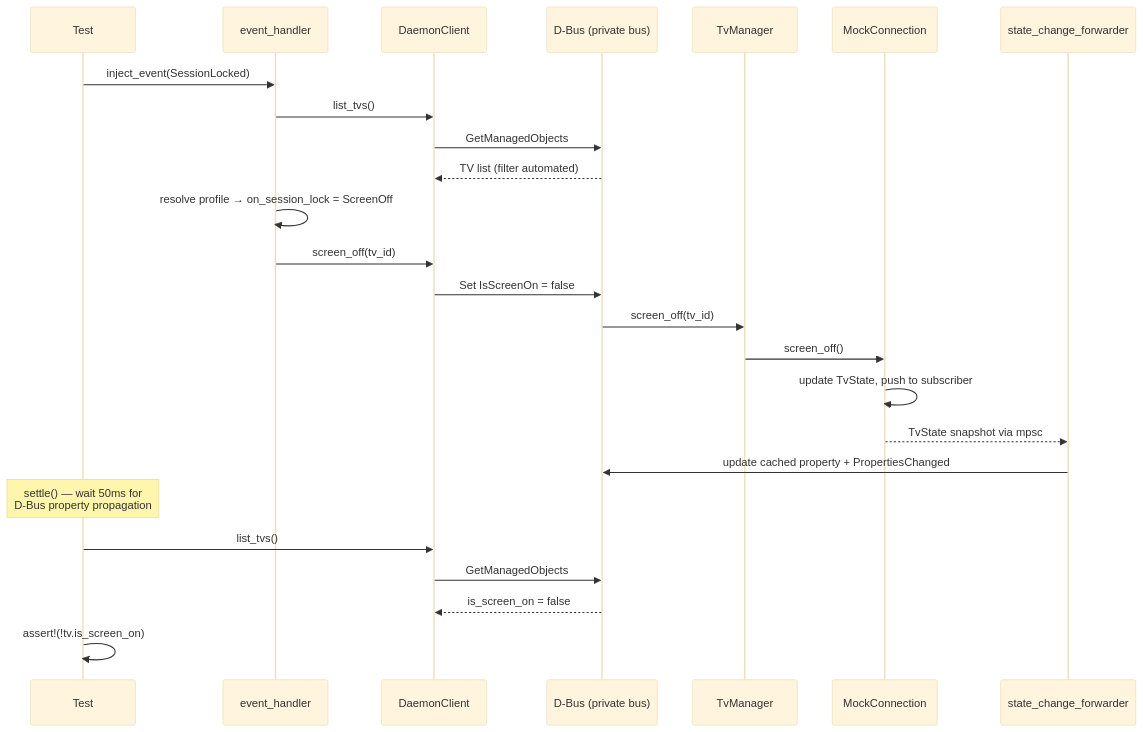
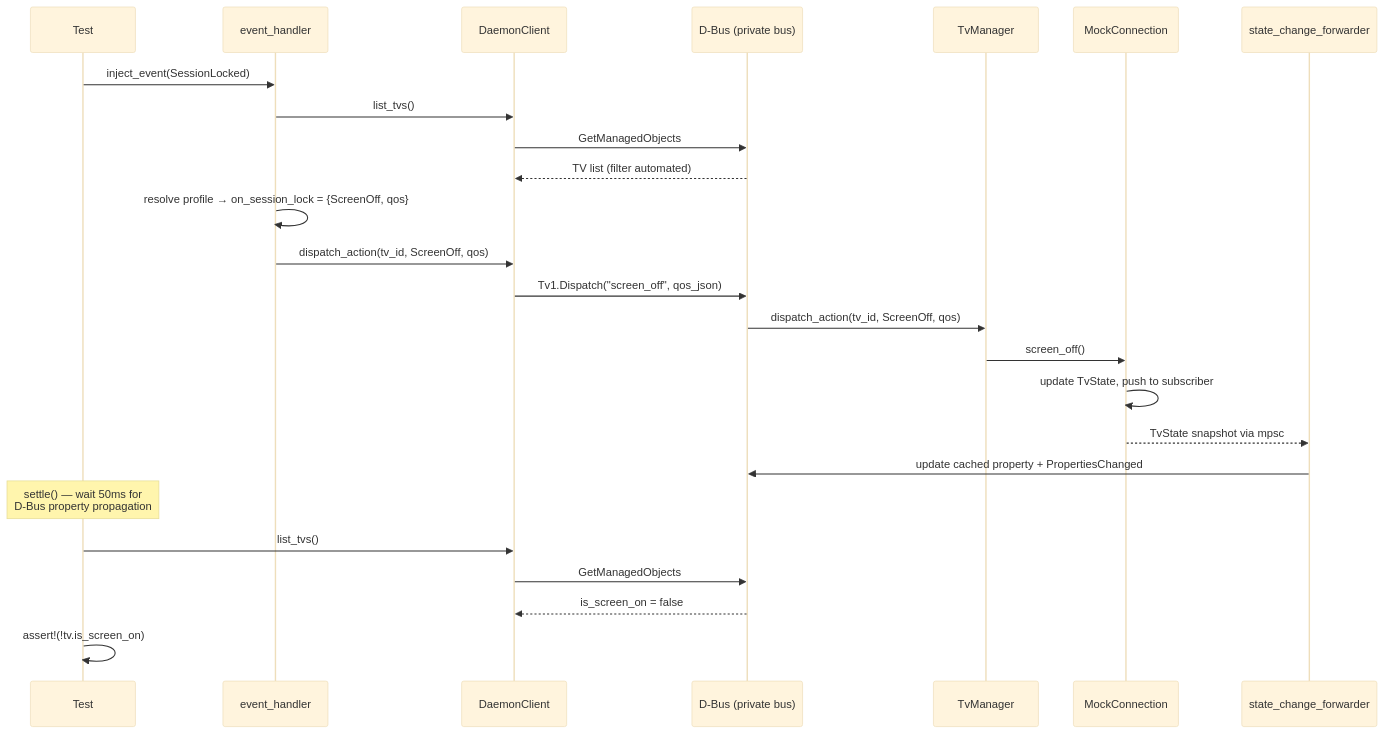
The seventh of 7 diagrams in docs/testing.md (TisVlay/TisVlay), drawn with Mermaid (base theme) before and after one commit. The commit also changed 2 other files, not shown here.

Commit message:
docs(qos-dispatch): align design.md + testing.md + action-qos with new surface
Bring the long-form docs in sync with the QoS-dispatch refactor that
collapsed Tv1.Power.PowerOn / PowerOff / Tv1.Screen.SetScreen into a
single Tv1.Dispatch(action, qos) entry point with daemon-side
verify-retry-escalate.

- docs/design.md: D-Bus tree diagram, Tv1 method list, feature-interface
  table, push-based-state-pipeline paragraph, and Event-Driven Power
  Management section all updated. IsScreenOn shifts from rw → ro
  properties (Dispatch is now the only screen-flip path).
- docs/testing.md: session-event-dispatch mermaid diagram reflects the
  Tv1.Dispatch wire format and the resolved {action, qos} tuple.
- docs/plans/action-qos.md: short note after the field-test findings
  explains that the journal lines reflect the v1 wire format and points
  at qos-dispatch-refactor.md for the post-refactor architecture. The
  historical traces themselves stay verbatim.

No code changes. just check: 369 tests run, 369 passed, 5 skipped.

````diff
--- a/docs/testing.md
+++ b/docs/testing.md
@@ -477,28 +477,28 @@
 ```mermaid
 sequenceDiagram
     participant Test
     participant EH as event_handler
     participant Client as DaemonClient
     participant DBus as D-Bus (private bus)
     participant Mgr as TvManager
     participant Mock as MockConnection
     participant Fwd as state_change_forwarder
 
     Test->>EH: inject_event(SessionLocked)
     EH->>Client: list_tvs()
     Client->>DBus: GetManagedObjects
     DBus-->>Client: TV list (filter automated)
-    EH->>EH: resolve profile → on_session_lock = ScreenOff
-    EH->>Client: screen_off(tv_id)
-    Client->>DBus: Set IsScreenOn = false
-    DBus->>Mgr: screen_off(tv_id)
+    EH->>EH: resolve profile → on_session_lock = {ScreenOff, qos}
+    EH->>Client: dispatch_action(tv_id, ScreenOff, qos)
+    Client->>DBus: Tv1.Dispatch("screen_off", qos_json)
+    DBus->>Mgr: dispatch_action(tv_id, ScreenOff, qos)
     Mgr->>Mock: screen_off()
     Mock->>Mock: update TvState, push to subscriber
     Mock-->>Fwd: TvState snapshot via mpsc
     Fwd->>DBus: update cached property + PropertiesChanged
     Note over Test: settle() — wait 50ms for<br/>D-Bus property propagation
     Test->>Client: list_tvs()
     Client->>DBus: GetManagedObjects
     DBus-->>Client: is_screen_on = false
     Test->>Test: assert!(!tv.is_screen_on)
 ```
````
